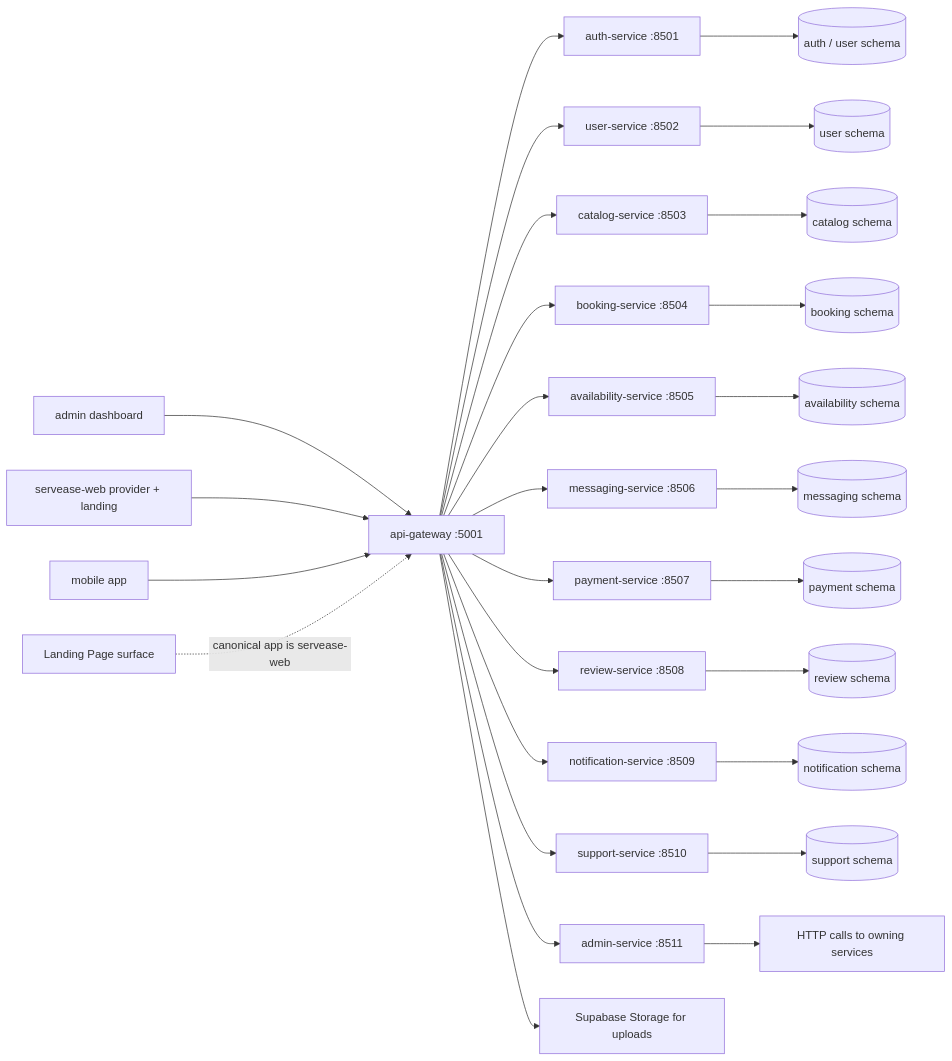
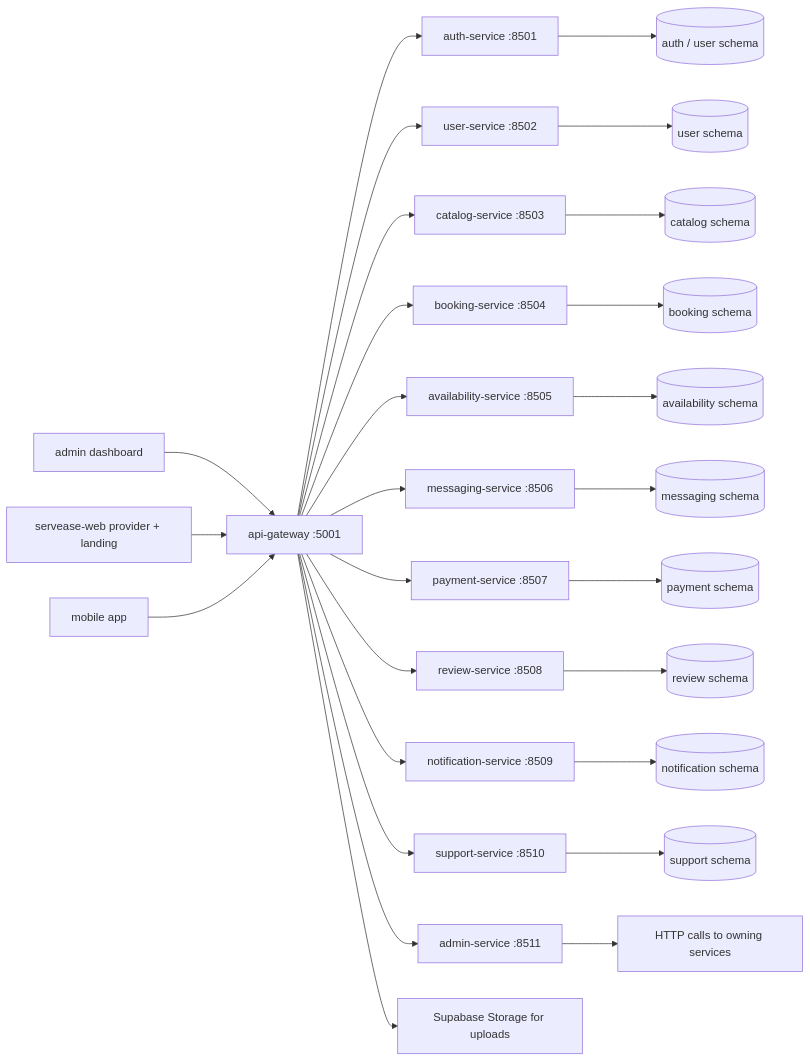
Before and after one commit to shmce/servease-locked-in: the diagram in INTEGRATION_AUDIT.md, drawn with Mermaid. The commit also changed other lines of this file and 97 other files, not shown here.

````diff
--- a/INTEGRATION_AUDIT.md
+++ b/INTEGRATION_AUDIT.md
@@ -142,32 +140,31 @@
 ```mermaid
 flowchart LR
   Admin[admin dashboard] --> Gateway[api-gateway :5001]
   Web[servease-web provider + landing] --> Gateway
   Mobile[mobile app] --> Gateway
-  Landing[Landing Page surface] -. canonical app is servease-web .-> Gateway
 
   Gateway --> Auth[auth-service :8501]
   Gateway --> User[user-service :8502]
   Gateway --> Catalog[catalog-service :8503]
   Gateway --> Booking[booking-service :8504]
   Gateway --> Availability[availability-service :8505]
   Gateway --> Messaging[messaging-service :8506]
   Gateway --> Payment[payment-service :8507]
   Gateway --> Review[review-service :8508]
   Gateway --> Notification[notification-service :8509]
   Gateway --> Support[support-service :8510]
   Gateway --> AdminSvc[admin-service :8511]
   Gateway --> Storage[Supabase Storage for uploads]
 
   Auth --> AuthDb[(auth / user schema)]
   User --> UserDb[(user schema)]
   Catalog --> CatalogDb[(catalog schema)]
   Booking --> BookingDb[(booking schema)]
   Availability --> AvailabilityDb[(availability schema)]
   Messaging --> MessagingDb[(messaging schema)]
   Payment --> PaymentDb[(payment schema)]
   Review --> ReviewDb[(review schema)]
   Notification --> NotificationDb[(notification schema)]
   Support --> SupportDb[(support schema)]
   AdminSvc --> OwnedServices[HTTP calls to owning services]
 ```
````
